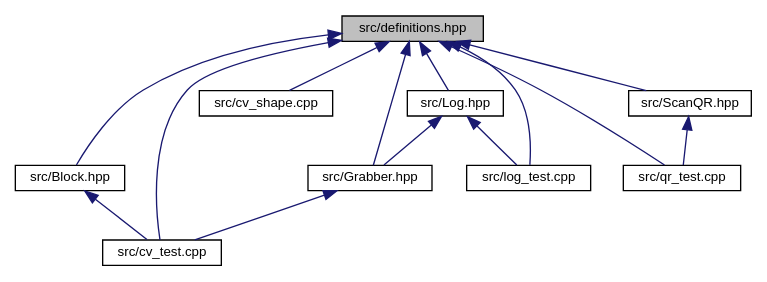
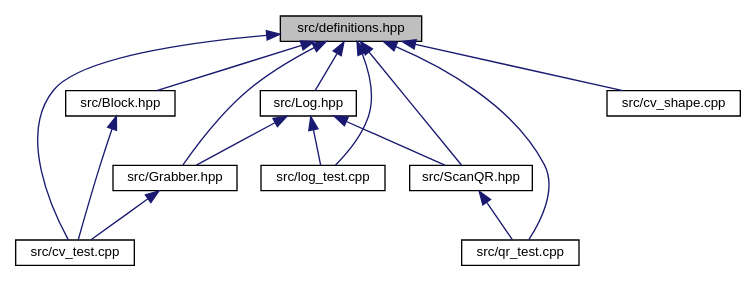
One commit to sawbg/chip-chip-array changed the diagram in doc/rtf/definitions_8hpp__dep__incl.dot. Above: the diagram before and after it, drawn with Graphviz. The commit also changed 98 other files, not shown here.

```diff
--- a/doc/rtf/definitions_8hpp__dep__incl.dot
+++ b/doc/rtf/definitions_8hpp__dep__incl.dot
@@ -1,27 +1,28 @@
 digraph "src/definitions.hpp"
 {
   edge [fontname="Helvetica",fontsize="10",labelfontname="Helvetica",labelfontsize="10"];
   node [fontname="Helvetica",fontsize="10",shape=record];
   Node1 [label="src/definitions.hpp",height=0.2,width=0.4,color="black", fillcolor="grey75", style="filled", fontcolor="black"];
   Node1 -> Node2 [dir="back",color="midnightblue",fontsize="10",style="solid",fontname="Helvetica"];
   Node2 [label="src/Block.hpp",height=0.2,width=0.4,color="black", fillcolor="white", style="filled",URL="$Block_8hpp.html"];
   Node2 -> Node3 [dir="back",color="midnightblue",fontsize="10",style="solid",fontname="Helvetica"];
   Node3 [label="src/cv_test.cpp",height=0.2,width=0.4,color="black", fillcolor="white", style="filled",URL="$cv__test_8cpp.html"];
   Node1 -> Node4 [dir="back",color="midnightblue",fontsize="10",style="solid",fontname="Helvetica"];
   Node4 [label="src/cv_shape.cpp",height=0.2,width=0.4,color="black", fillcolor="white", style="filled",URL="$cv__shape_8cpp.html"];
   Node1 -> Node3 [dir="back",color="midnightblue",fontsize="10",style="solid",fontname="Helvetica"];
   Node1 -> Node5 [dir="back",color="midnightblue",fontsize="10",style="solid",fontname="Helvetica"];
   Node5 [label="src/Grabber.hpp",height=0.2,width=0.4,color="black", fillcolor="white", style="filled",URL="$Grabber_8hpp.html"];
   Node5 -> Node3 [dir="back",color="midnightblue",fontsize="10",style="solid",fontname="Helvetica"];
   Node1 -> Node6 [dir="back",color="midnightblue",fontsize="10",style="solid",fontname="Helvetica"];
   Node6 [label="src/Log.hpp",height=0.2,width=0.4,color="black", fillcolor="white", style="filled",URL="$Log_8hpp.html"];
   Node6 -> Node5 [dir="back",color="midnightblue",fontsize="10",style="solid",fontname="Helvetica"];
   Node6 -> Node7 [dir="back",color="midnightblue",fontsize="10",style="solid",fontname="Helvetica"];
   Node7 [label="src/log_test.cpp",height=0.2,width=0.4,color="black", fillcolor="white", style="filled",URL="$log__test_8cpp.html"];
+  Node6 -> Node8 [dir="back",color="midnightblue",fontsize="10",style="solid",fontname="Helvetica"];
+  Node8 [label="src/ScanQR.hpp",height=0.2,width=0.4,color="black", fillcolor="white", style="filled",URL="$ScanQR_8hpp.html"];
+  Node8 -> Node9 [dir="back",color="midnightblue",fontsize="10",style="solid",fontname="Helvetica"];
+  Node9 [label="src/qr_test.cpp",height=0.2,width=0.4,color="black", fillcolor="white", style="filled",URL="$qr__test_8cpp.html"];
   Node1 -> Node7 [dir="back",color="midnightblue",fontsize="10",style="solid",fontname="Helvetica"];
+  Node1 -> Node9 [dir="back",color="midnightblue",fontsize="10",style="solid",fontname="Helvetica"];
   Node1 -> Node8 [dir="back",color="midnightblue",fontsize="10",style="solid",fontname="Helvetica"];
-  Node8 [label="src/qr_test.cpp",height=0.2,width=0.4,color="black", fillcolor="white", style="filled",URL="$qr__test_8cpp.html"];
-  Node1 -> Node9 [dir="back",color="midnightblue",fontsize="10",style="solid",fontname="Helvetica"];
-  Node9 [label="src/ScanQR.hpp",height=0.2,width=0.4,color="black", fillcolor="white", style="filled",URL="$ScanQR_8hpp.html"];
-  Node9 -> Node8 [dir="back",color="midnightblue",fontsize="10",style="solid",fontname="Helvetica"];
 }
```
